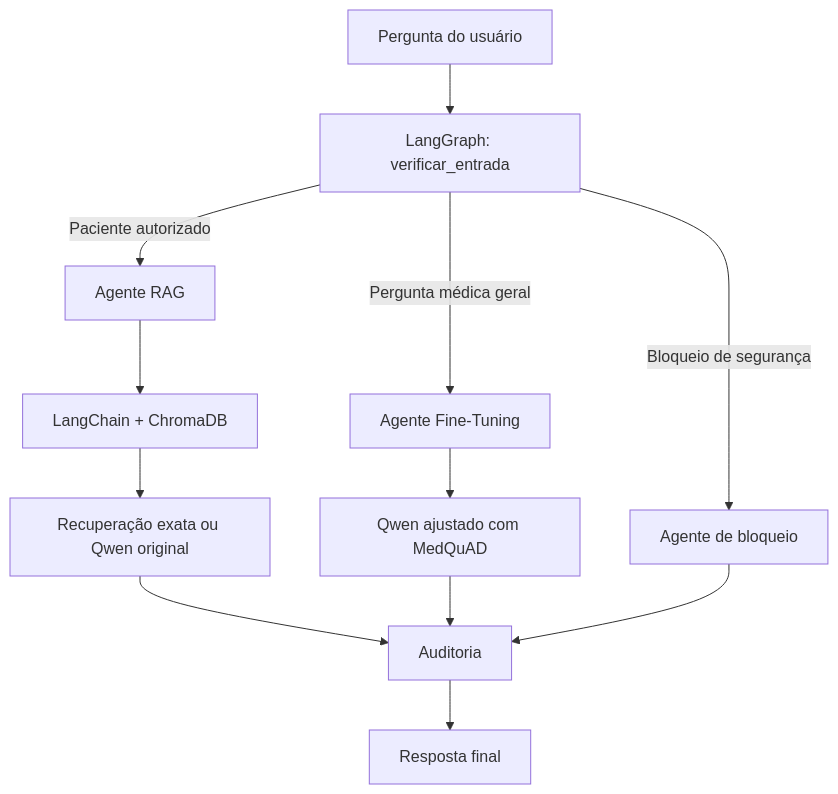
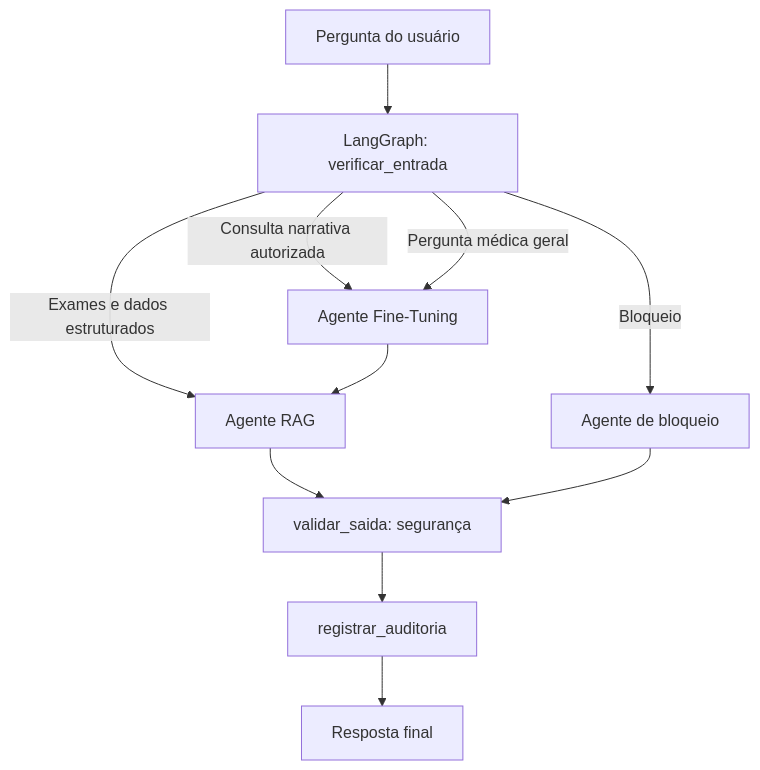
The diagram in README.md (ericwillian/tech-challenge-3), drawn with Mermaid before and after one commit. The commit also changed other lines of this file and 2 other files, not shown here.

````diff
--- a/README.md
+++ b/README.md
@@ -65,19 +70,15 @@
 ```mermaid
 flowchart TD
     A["Pergunta do usuário"] --> B["LangGraph: verificar_entrada"]
 
-    B -->|"Paciente autorizado"| C["Agente RAG"]
-    B -->|"Pergunta médica geral"| D["Agente Fine-Tuning"]
-    B -->|"Bloqueio de segurança"| E["Agente de bloqueio"]
+    B -->|"Exames e dados estruturados"| C["Agente RAG"]
+    B -->|"Consulta narrativa autorizada"| D["Agente Fine-Tuning"]
+    B -->|"Pergunta médica geral"| D
+    B -->|"Bloqueio"| E["Agente de bloqueio"]
 
-    C --> F["LangChain + ChromaDB"]
-    F --> G["Recuperação exata ou Qwen original"]
-
-    D --> H["Qwen ajustado com MedQuAD"]
-
-    G --> I["Auditoria"]
-    H --> I
-    E --> I
-
-    I --> J["Resposta final"]
+    D --> C
+    C --> F["validar_saida: segurança"]
+    E --> F
+    F --> G["registrar_auditoria"]
+    G --> H["Resposta final"]
 ```
````
